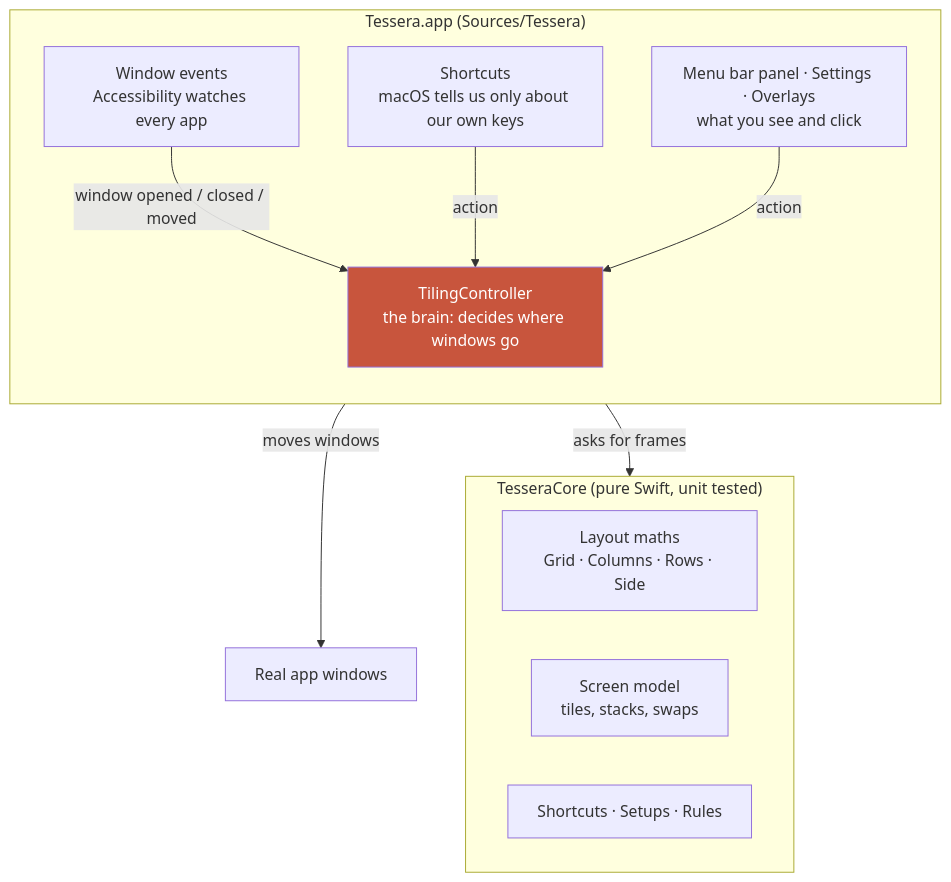
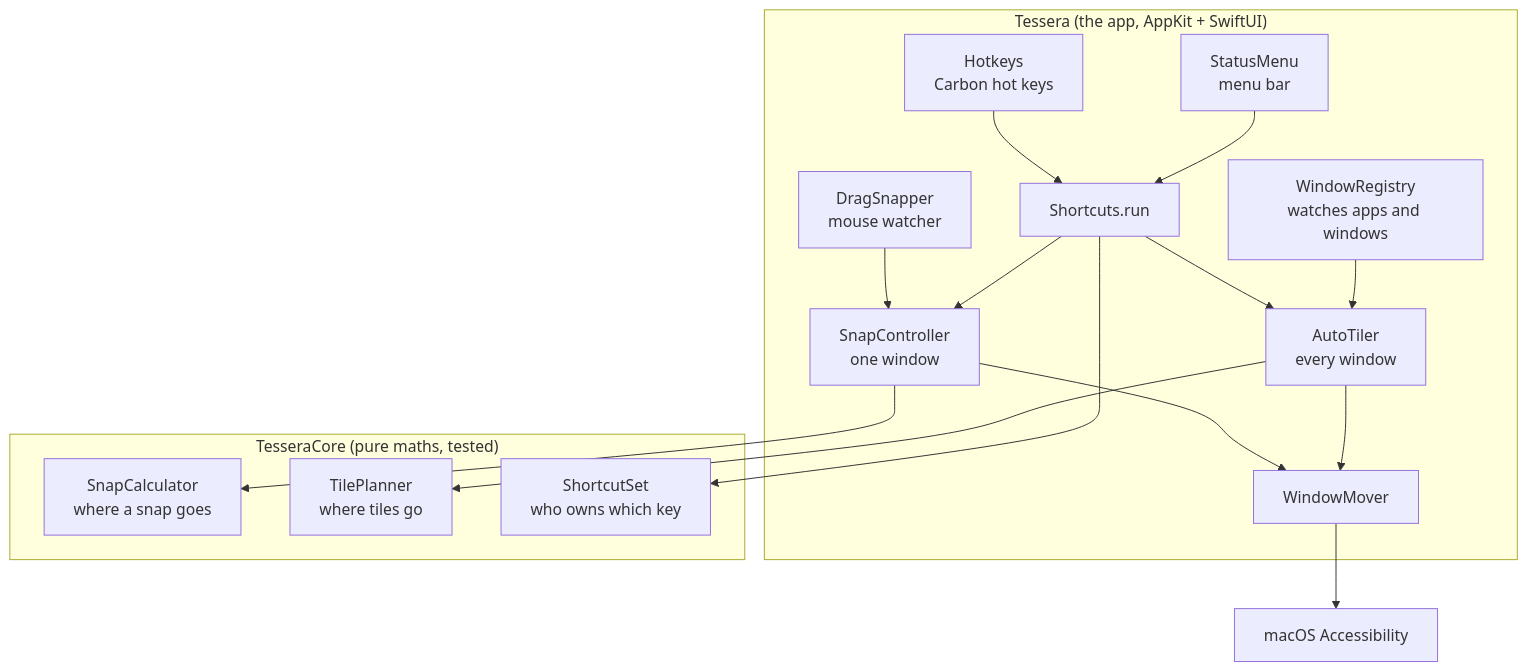
The second of 2 diagrams in README.md (vik101/Tessera), drawn with Mermaid before and after one commit. The commit also changed other lines of this file and 2 other files, not shown here.

First line of the commit message:
CI: drop system_profiler (hangs on runners); tolerate no running app

````diff
--- a/README.md
+++ b/README.md
@@ -23,22 +106,22 @@
 ```mermaid
 flowchart TB
-    subgraph APP["Tessera.app (Sources/Tessera)"]
-        direction TB
-        EV["Window events<br/>Accessibility watches every app"]
-        TC["TilingController<br/>the brain: decides where windows go"]
-        UI["Menu bar panel · Settings · Overlays<br/>what you see and click"]
-        KB["Shortcuts<br/>macOS tells us only about our own keys"]
+    subgraph App["Tessera (the app, AppKit + SwiftUI)"]
+        HK["Hotkeys<br/>Carbon hot keys"] --> CMD["Shortcuts.run"]
+        MENU["StatusMenu<br/>menu bar"] --> CMD
+        DRAG["DragSnapper<br/>mouse watcher"] --> SNAP
+        CMD --> SNAP["SnapController<br/>one window"]
+        CMD --> TILE["AutoTiler<br/>every window"]
+        SNAP --> MOVE["WindowMover"]
+        TILE --> MOVE
+        REG["WindowRegistry<br/>watches apps and windows"] --> TILE
     end
-    subgraph CORE["TesseraCore (pure Swift, unit tested)"]
-        direction LR
-        LT["Layout maths<br/>Grid · Columns · Rows · Side"]
-        SM["Screen model<br/>tiles, stacks, swaps"]
-        MORE["Shortcuts · Setups · Rules"]
+    subgraph Core["TesseraCore (pure maths, tested)"]
+        CALC["SnapCalculator<br/>where a snap goes"]
+        PLAN["TilePlanner<br/>where tiles go"]
+        KEYS["ShortcutSet<br/>who owns which key"]
     end
-    EV -- "window opened / closed / moved" --> TC
-    KB -- "action" --> TC
-    UI -- "action" --> TC
-    TC -- "asks for frames" --> CORE
-    TC -- "moves windows" --> MAC["Real app windows"]
-    style TC fill:#C8553D,color:#fff
+    SNAP --> CALC
+    TILE --> PLAN
+    CMD --> KEYS
+    MOVE --> AX["macOS Accessibility"]
 ```
````
